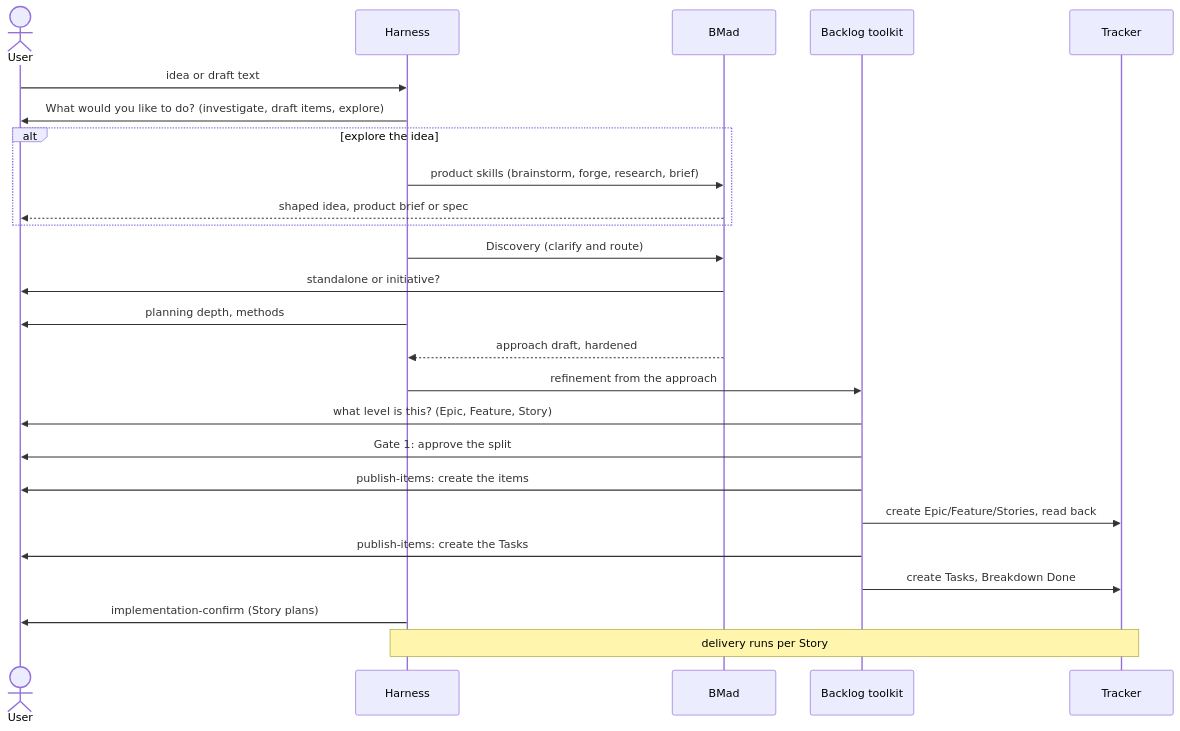
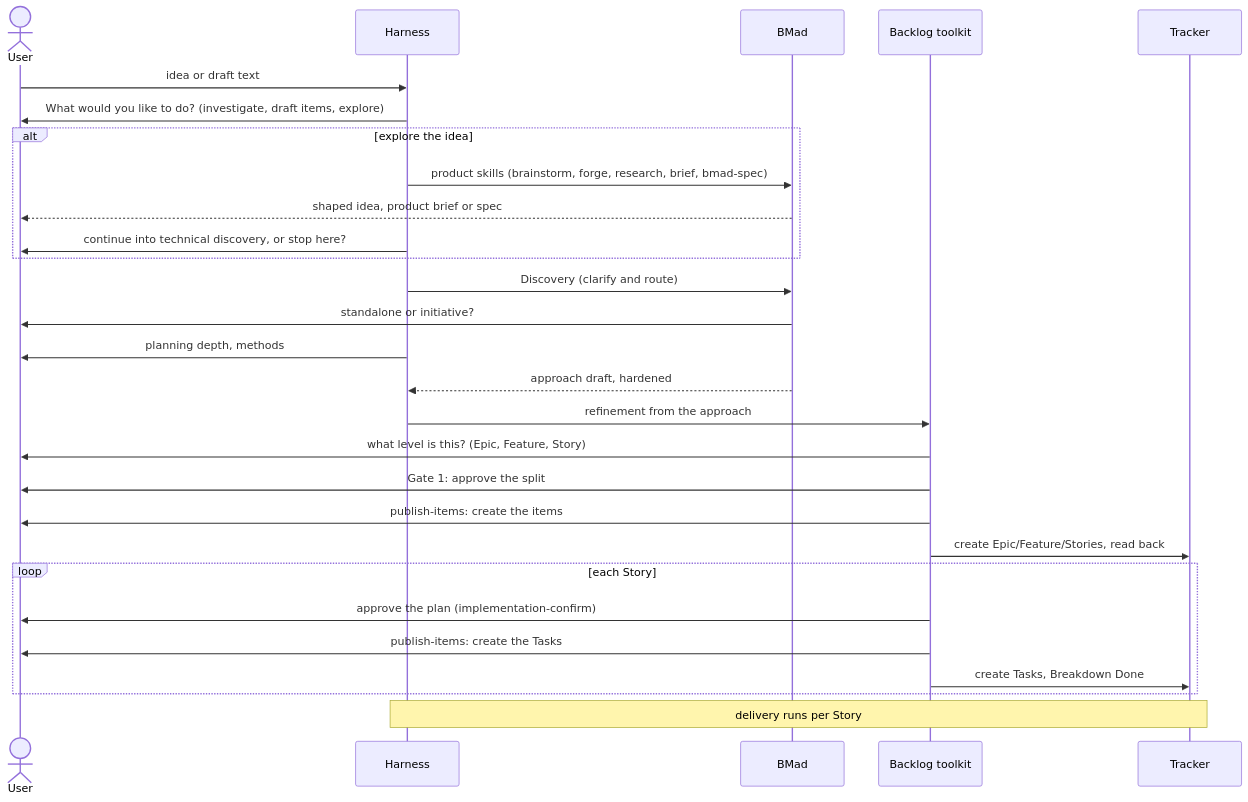
Before and after one commit to Monolith-INC/monolithic-dev-harness: the fourth of 7 diagrams in AI_Codex/Specs/2026-10-15-workflow-alignment.md, drawn with Mermaid. The commit also changed other lines of this file and 9 other files, not shown here.

````diff
--- a/AI_Codex/Specs/2026-10-15-workflow-alignment.md
+++ b/AI_Codex/Specs/2026-10-15-workflow-alignment.md
@@ -146,28 +166,31 @@
 ```mermaid
 sequenceDiagram
     actor U as User
     participant H as Harness
     participant B as BMad
     participant K as Backlog toolkit
     participant T as Tracker
 
     U->>H: idea or draft text
     H->>U: What would you like to do? (investigate, draft items, explore)
     alt explore the idea
-        H->>B: product skills (brainstorm, forge, research, brief)
+        H->>B: product skills (brainstorm, forge, research, brief, bmad-spec)
         B-->>U: shaped idea, product brief or spec
+        H->>U: continue into technical discovery, or stop here?
     end
     H->>B: Discovery (clarify and route)
     B->>U: standalone or initiative?
     H->>U: planning depth, methods
     B-->>H: approach draft, hardened
     H->>K: refinement from the approach
     K->>U: what level is this? (Epic, Feature, Story)
     K->>U: Gate 1: approve the split
     K->>U: publish-items: create the items
     K->>T: create Epic/Feature/Stories, read back
-    K->>U: publish-items: create the Tasks
-    K->>T: create Tasks, Breakdown Done
-    H->>U: implementation-confirm (Story plans)
+    loop each Story
+        K->>U: approve the plan (implementation-confirm)
+        K->>U: publish-items: create the Tasks
+        K->>T: create Tasks, Breakdown Done
+    end
     Note over H,T: delivery runs per Story
 ```
````
